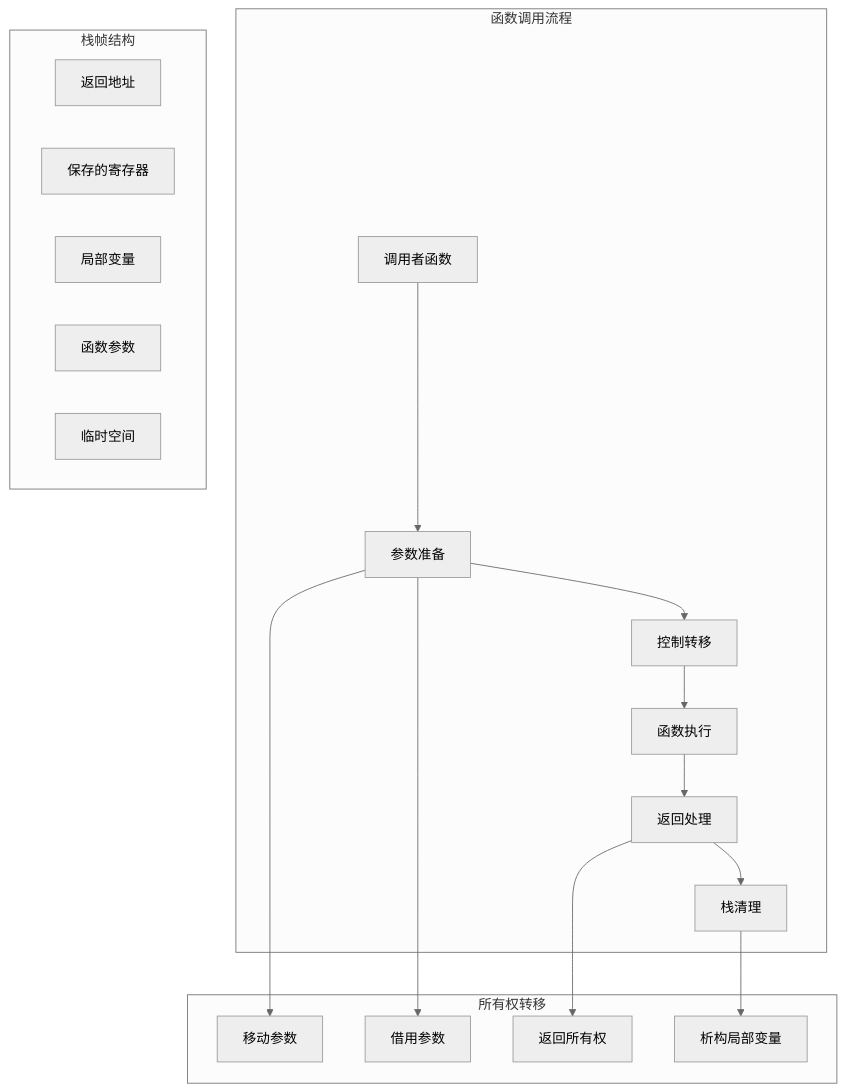
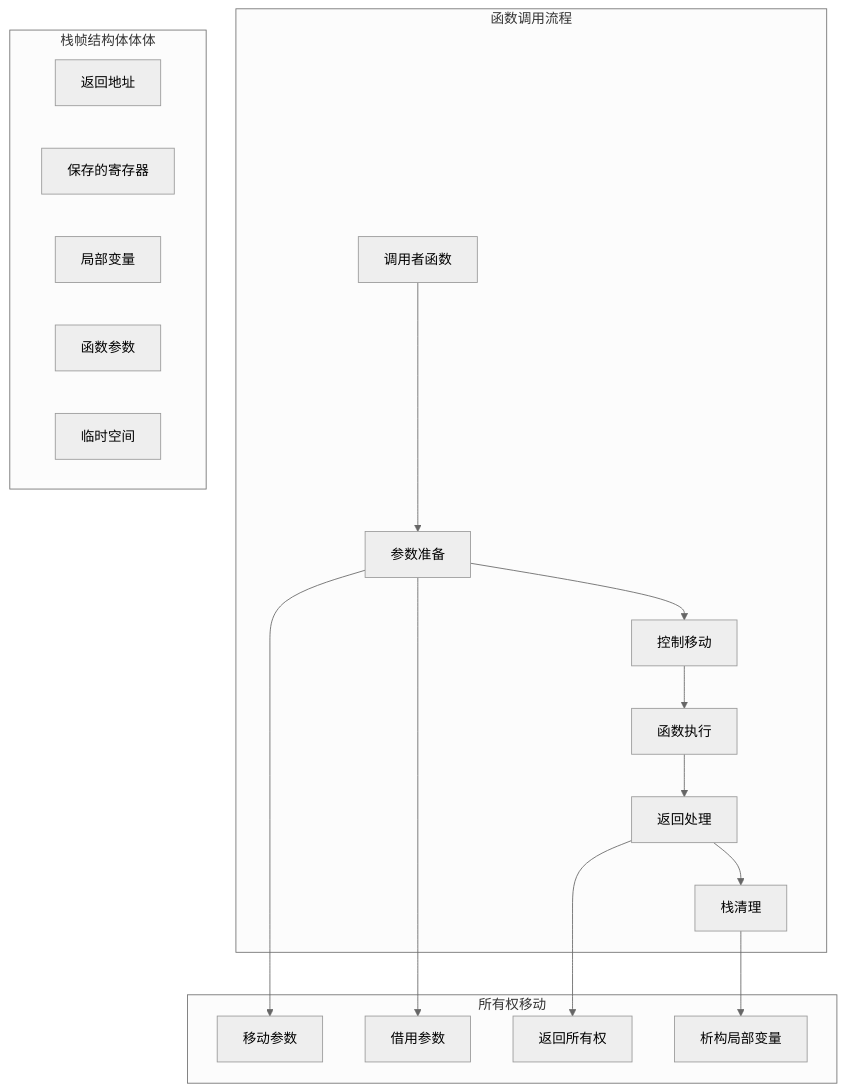
One commit to martin-ly/rust-lang changed the diagram in formal_rust/analysis/05_function_call_semantics.md. Above: the diagram before and after it, drawn with Mermaid (neutral theme). The commit also changed other lines of this file and 5740 other files, not shown here.

````diff
--- a/formal_rust/analysis/05_function_call_semantics.md
+++ b/formal_rust/analysis/05_function_call_semantics.md
@@ -24,37 +24,37 @@
 ```mermaid
 graph TB
     subgraph "函数调用流程"
         Caller[调用者函数]
         Prepare[参数准备]
-        Transfer[控制转移]
+        Transfer[控制移动]
         Execute[函数执行]
         Return[返回处理]
         Cleanup[栈清理]
     end
     
-    subgraph "栈帧结构"
+    subgraph "栈帧结构体体体"
         RetAddr[返回地址]
         SavedRegs[保存的寄存器]
         LocalVars[局部变量]
         Args[函数参数]
         TempSpace[临时空间]
     end
     
-    subgraph "所有权转移"
+    subgraph "所有权移动"
         MoveArgs[移动参数]
         BorrowArgs[借用参数]
         ReturnOwnership[返回所有权]
         DropLocals[析构局部变量]
     end
     
     Caller --> Prepare
     Prepare --> Transfer
     Transfer --> Execute
     Execute --> Return
     Return --> Cleanup
     
     Prepare --> MoveArgs
     Prepare --> BorrowArgs
     Return --> ReturnOwnership
     Cleanup --> DropLocals
 ```
````
